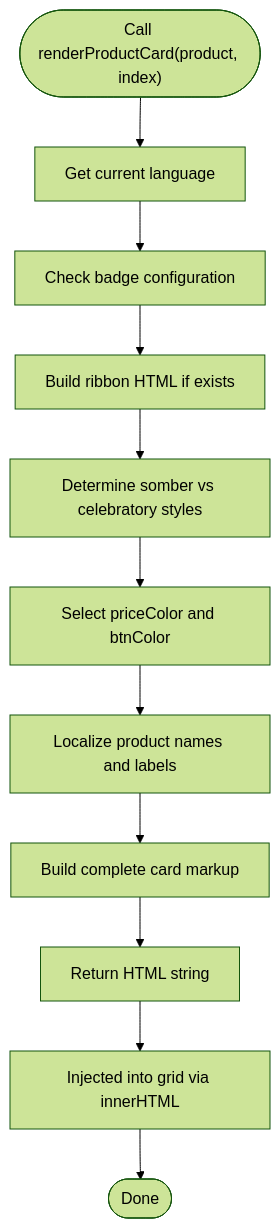
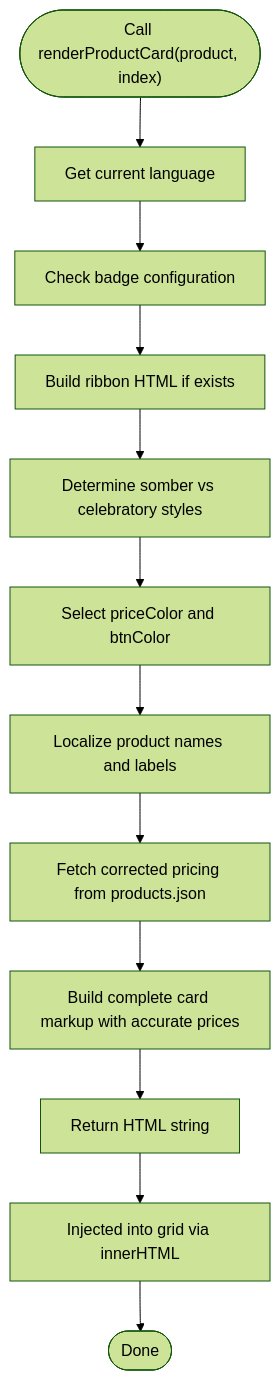
One commit to queenflowerhk/queenflowerhk.github.io changed the third of 6 diagrams in .qoder/repowiki/en/content/Product Management System/Dynamic Product Rendering.md. Above: the diagram before and after it, drawn with Mermaid (forest theme). The commit also changed other lines of this file and 57 other files, not shown here.

````diff
--- a/.qoder/repowiki/en/content/Product Management System/Dynamic Product Rendering.md
+++ b/.qoder/repowiki/en/content/Product Management System/Dynamic Product Rendering.md
@@ -139,13 +141,14 @@
 ```mermaid
 flowchart TD
 Start(["Call renderProductCard(product, index)"]) --> GetLang["Get current language"]
 GetLang --> BadgeConfig["Check badge configuration"]
 BadgeConfig --> BuildRibbon["Build ribbon HTML if exists"]
 BuildRibbon --> DetermineStyle["Determine somber vs celebratory styles"]
 DetermineStyle --> SelectColors["Select priceColor and btnColor"]
 SelectColors --> LocalizeText["Localize product names and labels"]
-LocalizeText --> BuildMarkup["Build complete card markup"]
+LocalizeText --> FetchPricing["Fetch corrected pricing from products.json"]
+FetchPricing --> BuildMarkup["Build complete card markup with accurate prices"]
 BuildMarkup --> ReturnNode["Return HTML string"]
 ReturnNode --> Inject["Injected into grid via innerHTML"]
 Inject --> End(["Done"])
 ```
````
